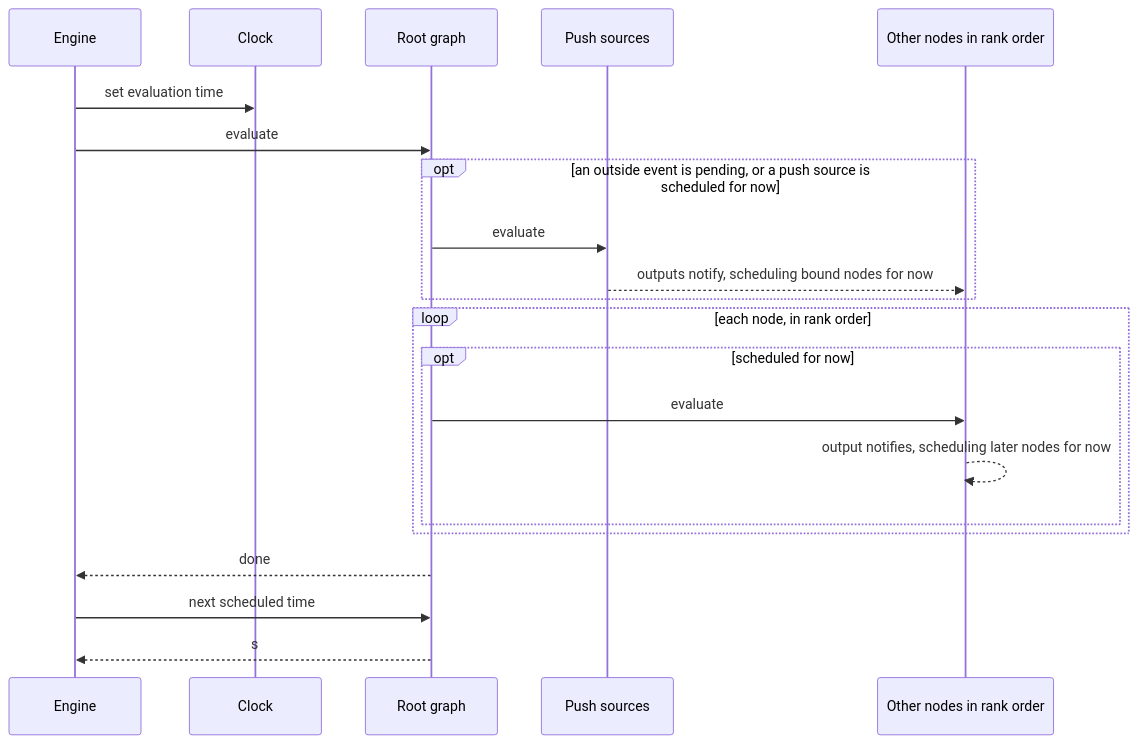
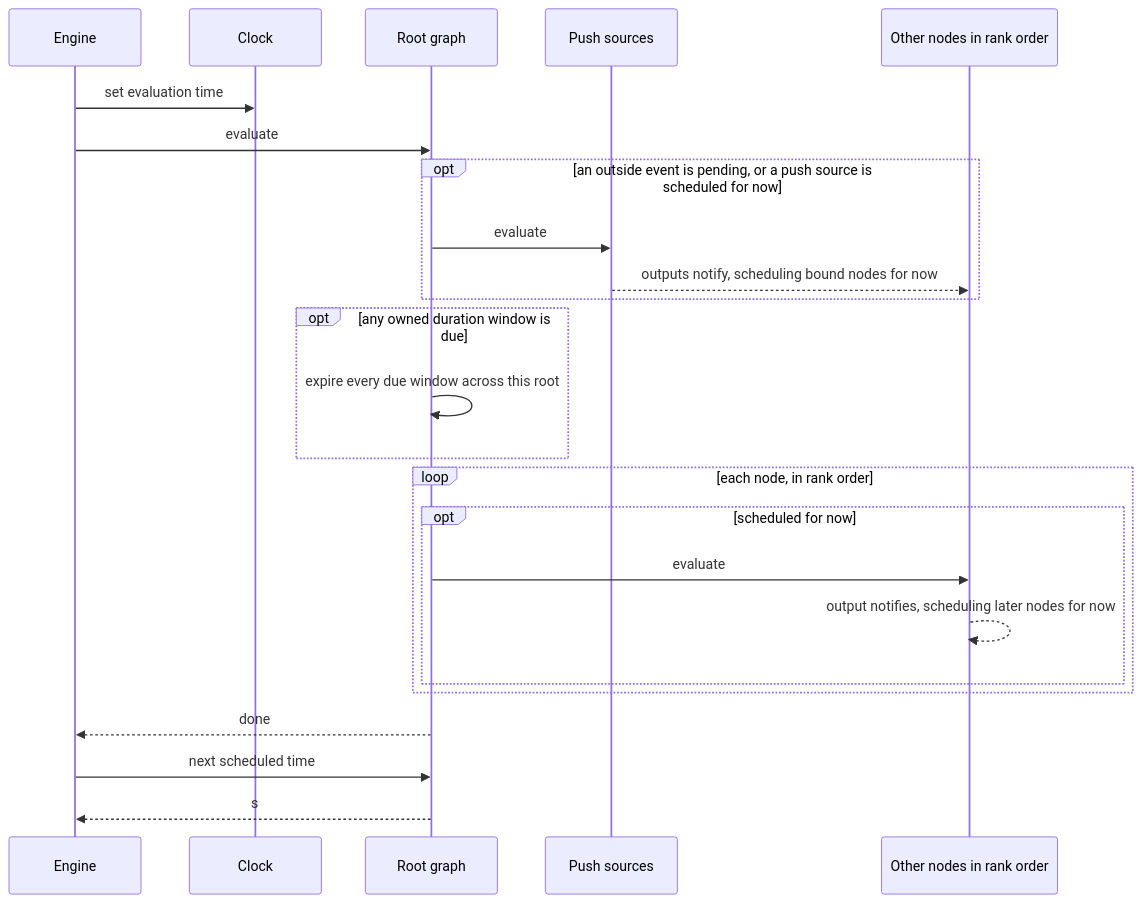
Before and after one commit to hhenson/hgraph_spec: the fourth of 4 diagrams in runtime/execution_engine.md, drawn with Mermaid. The commit also changed other lines of this file and 3 other files, not shown here.

````diff
--- a/runtime/execution_engine.md
+++ b/runtime/execution_engine.md
@@ -240,24 +240,27 @@
 ```mermaid
 sequenceDiagram
     participant E as Engine
     participant C as Clock
     participant G as Root graph
     participant P as Push sources
     participant N as Other nodes in rank order
 
     E->>C: set evaluation time
     E->>G: evaluate
     opt an outside event is pending, or a push source is scheduled for now
         G->>P: evaluate
         P-->>N: outputs notify, scheduling bound nodes for now
     end
+    opt any owned duration window is due
+        G->>G: expire every due window across this root
+    end
     loop each node, in rank order
         opt scheduled for now
             G->>N: evaluate
             N-->>N: output notifies, scheduling later nodes for now
         end
     end
     G-->>E: done
     E->>G: next scheduled time
     G-->>E: s
 ```
````
